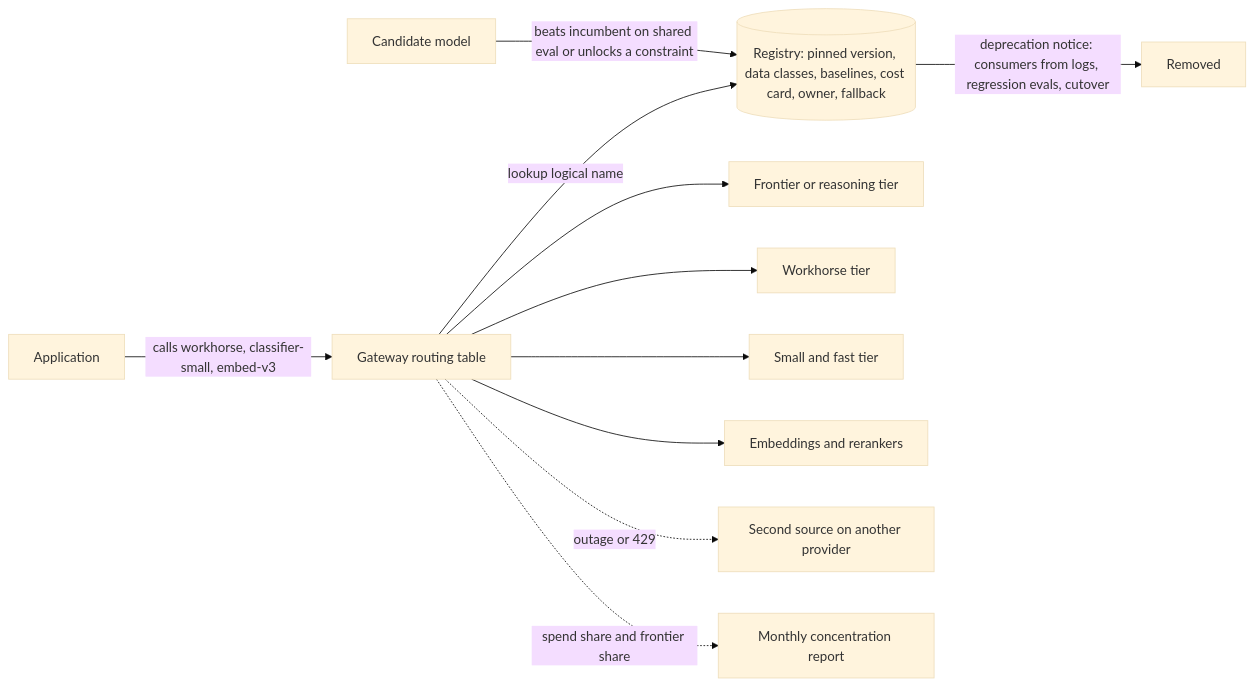
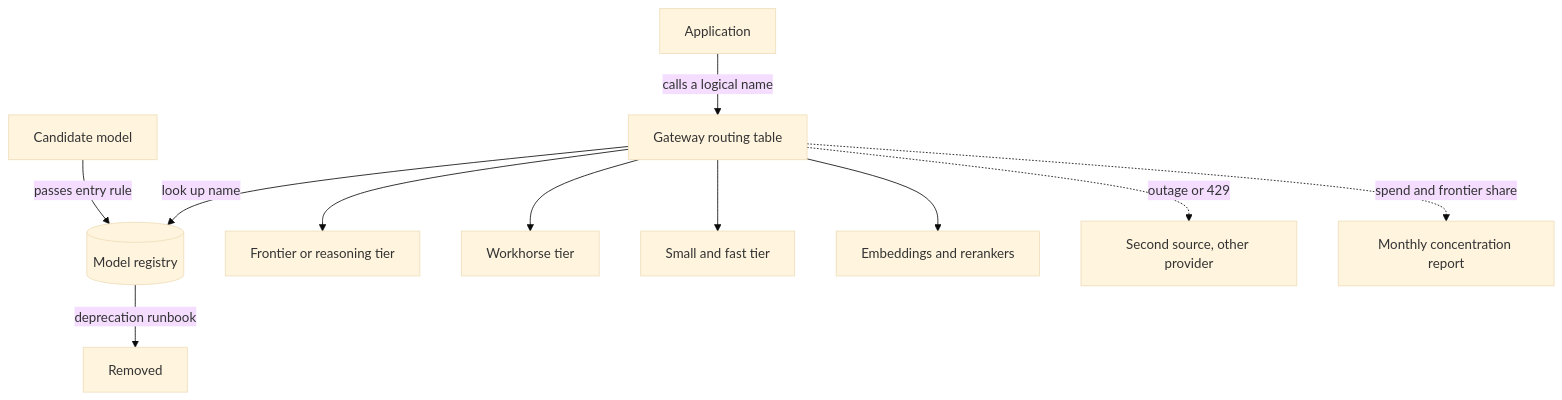
Before and after one commit to lovishmahajan97/agentic-learning: the diagram in content/system-design/model-portfolio.md, drawn with Mermaid (base theme). The commit also changed other lines of this file and 81 other files, not shown here.

````diff
--- a/content/system-design/model-portfolio.md
+++ b/content/system-design/model-portfolio.md
@@ -127,13 +129,13 @@
 ```mermaid
-flowchart LR
-    A["Application"] -->|"calls workhorse, classifier-small, embed-v3"| G["Gateway routing table"]
-    G -->|"lookup logical name"| R[("Registry: pinned version, data classes, baselines, cost card, owner, fallback")]
+flowchart TD
+    A["Application"] -->|"calls a logical name"| G["Gateway routing table"]
+    G -->|"look up name"| R[("Model registry")]
     G --> F["Frontier or reasoning tier"]
     G --> W["Workhorse tier"]
     G --> S["Small and fast tier"]
     G --> E["Embeddings and rerankers"]
-    G -.->|"outage or 429"| B["Second source on another provider"]
-    N["Candidate model"] -->|"beats incumbent on shared eval or unlocks a constraint"| R
-    R -->|"deprecation notice: consumers from logs, regression evals, cutover"| X["Removed"]
-    G -.->|"spend share and frontier share"| M["Monthly concentration report"]
+    G -.->|"outage or 429"| B["Second source, other provider"]
+    N["Candidate model"] -->|"passes entry rule"| R
+    R -->|"deprecation runbook"| X["Removed"]
+    G -.->|"spend and frontier share"| M["Monthly concentration report"]
 ```
````
